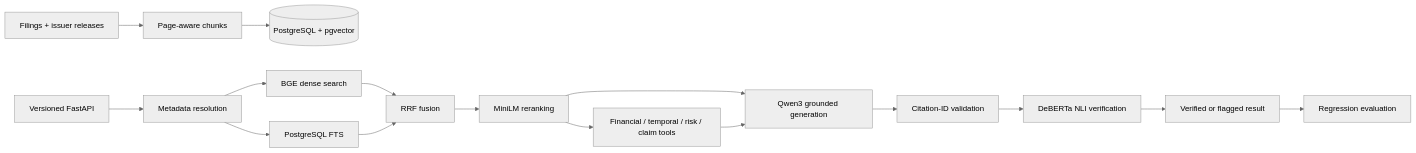
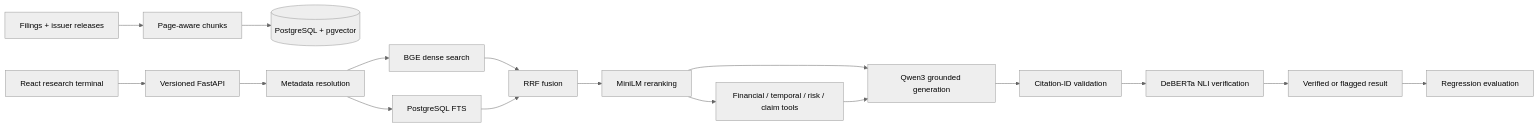
One commit to jxcksg17/ai-due-diligence-copilot changed the diagram in README.md. Above: the diagram before and after it, drawn with Mermaid (neutral theme). The commit also changed other lines of this file and 36 other files, not shown here.

````diff
--- a/README.md
+++ b/README.md
@@ -20,18 +22,19 @@
 ```mermaid
 flowchart LR
   PDF[Filings + issuer releases] --> Parse[Page-aware chunks]
   Parse --> DB[(PostgreSQL + pgvector)]
   API[Versioned FastAPI] --> Meta[Metadata resolution]
   Meta --> Dense[BGE dense search]
   Meta --> FTS[PostgreSQL FTS]
   Dense --> RRF[RRF fusion]
   FTS --> RRF
   RRF --> Rank[MiniLM reranking]
   Rank --> Tools[Financial / temporal / risk / claim tools]
   Rank --> Qwen[Qwen3 grounded generation]
   Tools --> Qwen
   Qwen --> IDs[Citation-ID validation]
   IDs --> NLI[DeBERTa NLI verification]
   NLI --> Answer[Verified or flagged result]
   Answer --> Eval[Regression evaluation]
+  UI[React research terminal] --> API
 ```
````
